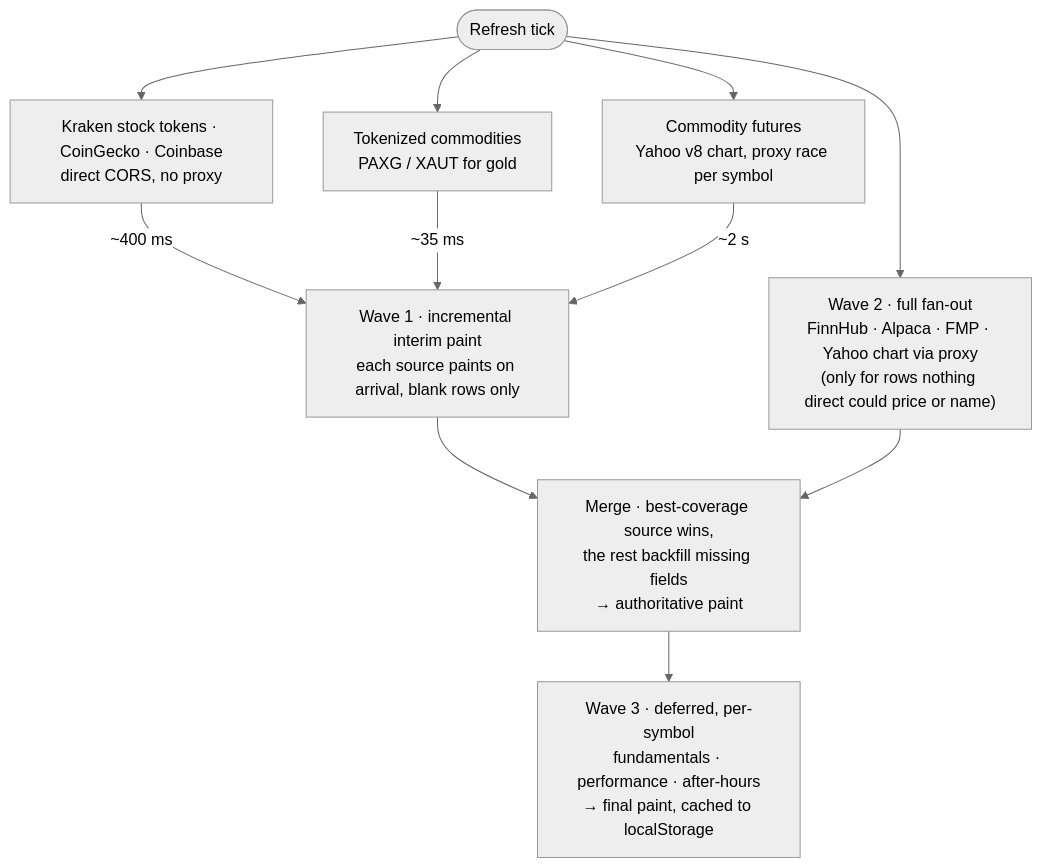
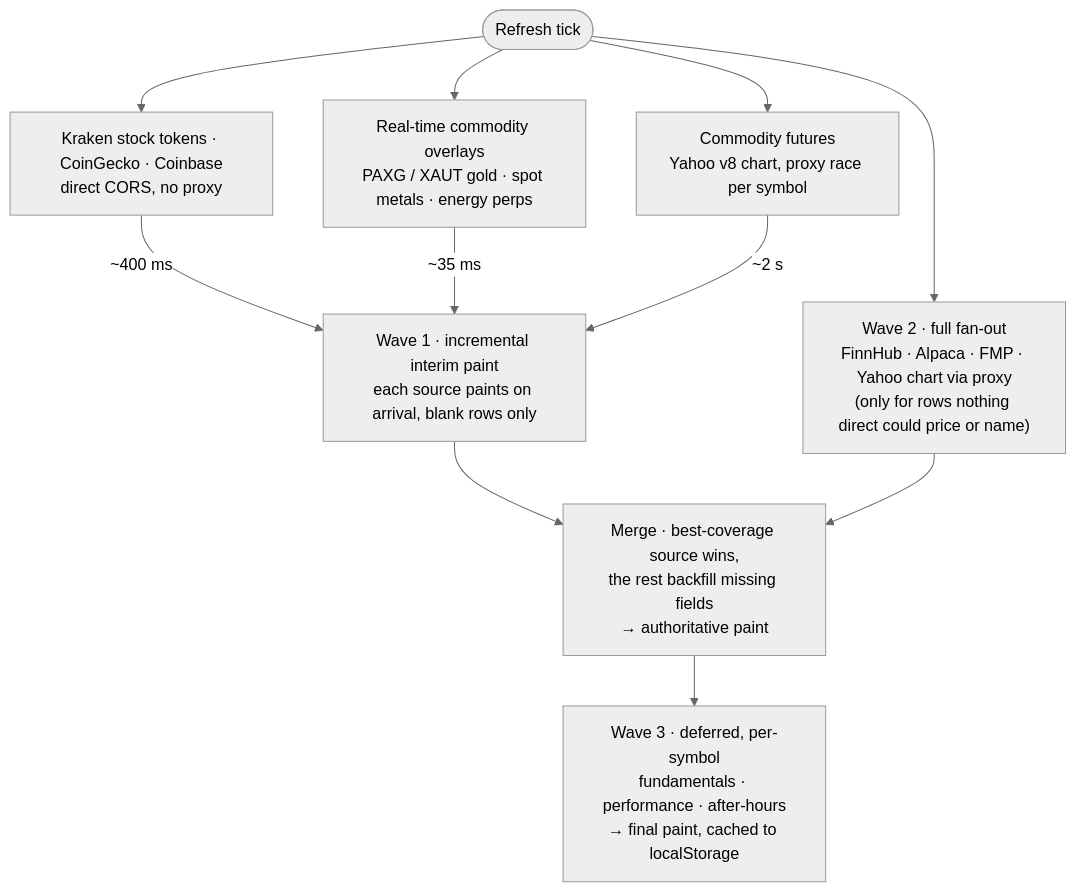
One commit to gdy/PortfolioTracker changed the diagram in README.md. Above: the diagram before and after it, drawn with Mermaid (neutral theme). The commit also changed other lines of this file and 1 other file, not shown here.

First line of the commit message:
Price energy futures live via Hyperliquid; harden the Alpaca path; know market holidays

````diff
--- a/README.md
+++ b/README.md
@@ -68,13 +68,13 @@
 ```mermaid
 flowchart TD
     T([Refresh tick]) --> S["Kraken stock tokens · CoinGecko · Coinbase<br/>direct CORS, no proxy"]
-    T --> G["Tokenized commodities<br/>PAXG / XAUT for gold"]
+    T --> G["Real-time commodity overlays<br/>PAXG / XAUT gold · spot metals · energy perps"]
     T --> C["Commodity futures<br/>Yahoo v8 chart, proxy race per symbol"]
     T --> W2["Wave 2 · full fan-out<br/>FinnHub · Alpaca · FMP · Yahoo chart via proxy<br/>(only for rows nothing direct could price or name)"]
     S -->|"~400 ms"| P["Wave 1 · incremental interim paint<br/>each source paints on arrival, blank rows only"]
     G -->|"~35 ms"| P
     C -->|"~2 s"| P
     P --> M["Merge · best-coverage source wins,<br/>the rest backfill missing fields<br/>→ authoritative paint"]
     W2 --> M
     M --> D["Wave 3 · deferred, per-symbol<br/>fundamentals · performance · after-hours<br/>→ final paint, cached to localStorage"]
 ```
````
